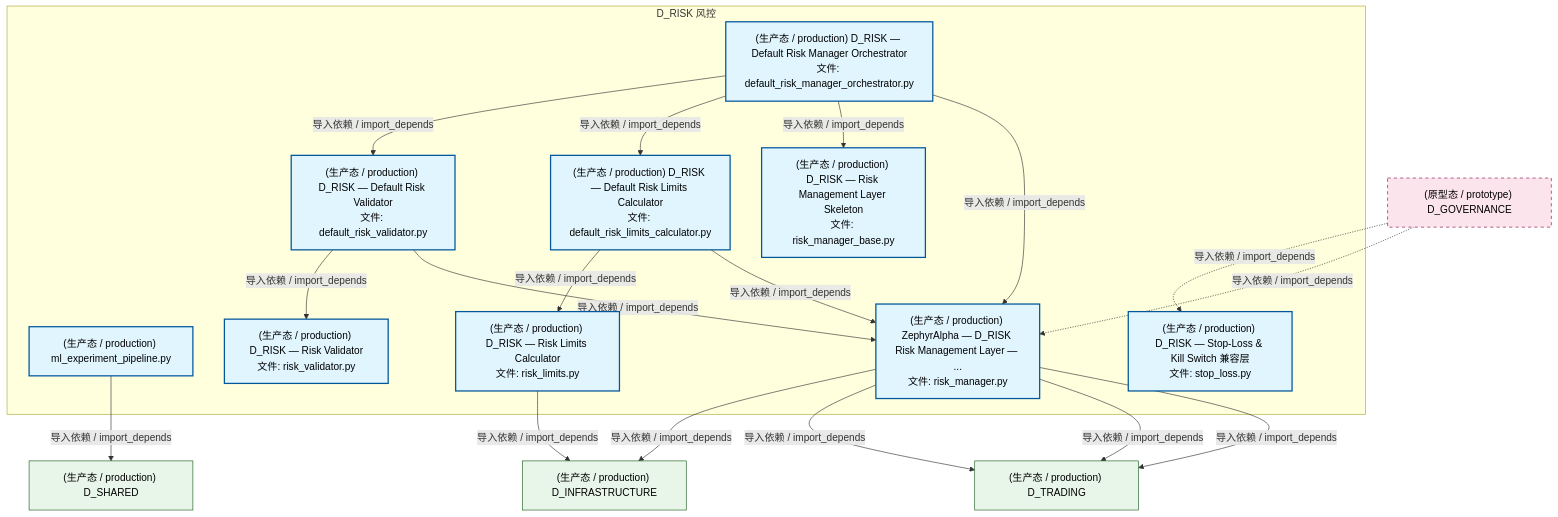
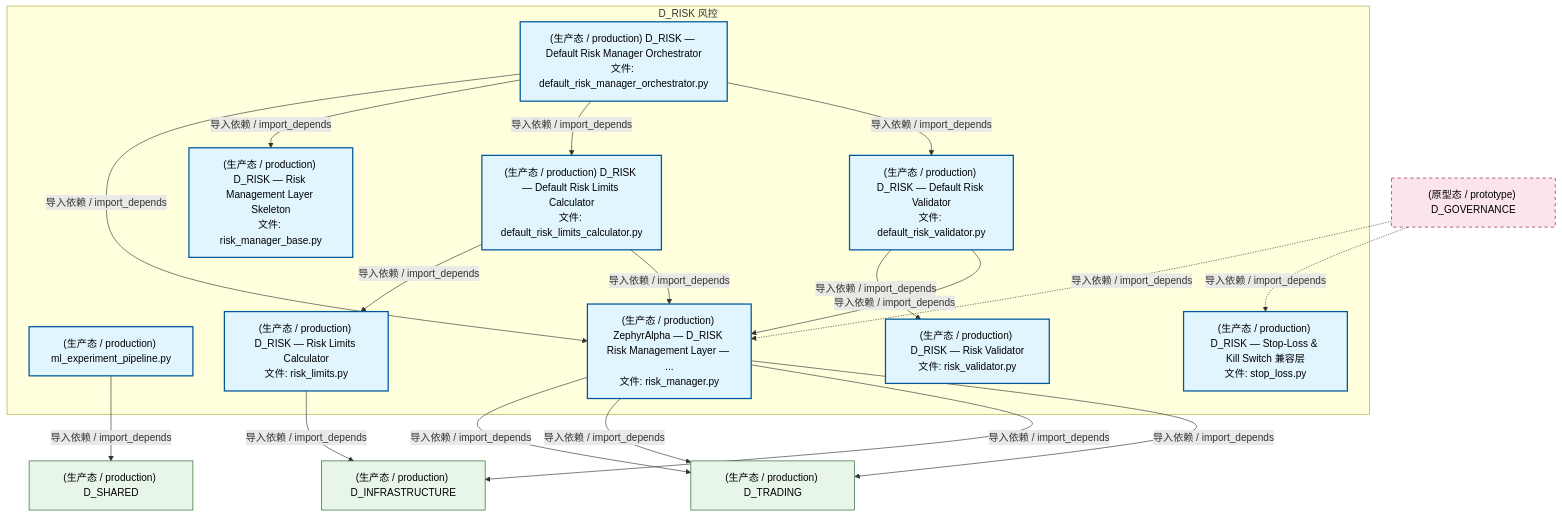
One commit to xuanFelixVan/ZephyrAlpha changed the second of 4 diagrams in docs/02_enterprise_architecture/02_domain_architecture_docs/54_d_risk.md. Above: the diagram before and after it, drawn with Mermaid. The commit also changed other lines of this file and 126 other files, not shown here.

````diff
--- a/docs/02_enterprise_architecture/02_domain_architecture_docs/54_d_risk.md
+++ b/docs/02_enterprise_architecture/02_domain_architecture_docs/54_d_risk.md
@@ -187,41 +187,41 @@
 ```mermaid
 graph TD
     subgraph D_RISK["D_RISK 风控"]
         src_zephyr_risk_cross_asset_cross_market_data_adapter_ml_experiment_pipeline_py["(生产态 / production) ml_experiment_pipeline.py"]
         src_zephyr_risk_implementations_default_risk_limits_calculator_py["(生产态 / production) D_RISK — Default Risk Limits Calculator<br/>文件: default_risk_limits_calculator.py"]
         src_zephyr_risk_implementations_default_risk_manager_orchestrator_py["(生产态 / production) D_RISK — Default Risk Manager Orchestrator<br/>文件: default_risk_manager_orchestrator.py"]
         src_zephyr_risk_implementations_default_risk_validator_py["(生产态 / production) D_RISK — Default Risk Validator<br/>文件: default_risk_validator.py"]
         src_zephyr_risk_risk_limits_py["(生产态 / production) D_RISK — Risk Limits Calculator<br/>文件: risk_limits.py"]
         src_zephyr_risk_risk_manager_py["(生产态 / production) ZephyrAlpha — D_RISK Risk Management Layer — ...<br/>文件: risk_manager.py"]
         src_zephyr_risk_risk_manager_base_py["(生产态 / production) D_RISK — Risk Management Layer Skeleton<br/>文件: risk_manager_base.py"]
         src_zephyr_risk_risk_validator_py["(生产态 / production) D_RISK — Risk Validator<br/>文件: risk_validator.py"]
         src_zephyr_risk_stop_loss_py["(生产态 / production) D_RISK — Stop-Loss & Kill Switch 兼容层<br/>文件: stop_loss.py"]
     end
+    src_zephyr_risk_implementations_default_risk_limits_calculator_py -->|导入依赖 / import_depends| src_zephyr_risk_risk_limits_py
     src_zephyr_risk_implementations_default_risk_limits_calculator_py -->|导入依赖 / import_depends| src_zephyr_risk_risk_manager_py
-    src_zephyr_risk_implementations_default_risk_limits_calculator_py -->|导入依赖 / import_depends| src_zephyr_risk_risk_limits_py
+    src_zephyr_risk_implementations_default_risk_validator_py -->|导入依赖 / import_depends| src_zephyr_risk_risk_validator_py
     src_zephyr_risk_implementations_default_risk_validator_py -->|导入依赖 / import_depends| src_zephyr_risk_risk_manager_py
-    src_zephyr_risk_implementations_default_risk_validator_py -->|导入依赖 / import_depends| src_zephyr_risk_risk_validator_py
     src_zephyr_risk_implementations_default_risk_manager_orchestrator_py -->|导入依赖 / import_depends| src_zephyr_risk_risk_manager_py
     src_zephyr_risk_implementations_default_risk_manager_orchestrator_py -->|导入依赖 / import_depends| src_zephyr_risk_risk_manager_base_py
     src_zephyr_risk_implementations_default_risk_manager_orchestrator_py -->|导入依赖 / import_depends| src_zephyr_risk_implementations_default_risk_limits_calculator_py
     src_zephyr_risk_implementations_default_risk_manager_orchestrator_py -->|导入依赖 / import_depends| src_zephyr_risk_implementations_default_risk_validator_py
     D_INFRASTRUCTURE["(生产态 / production) D_INFRASTRUCTURE"]
     src_zephyr_risk_risk_limits_py -->|导入依赖 / import_depends| D_INFRASTRUCTURE
-    D_SHARED["(生产态 / production) D_SHARED"]
-    src_zephyr_risk_cross_asset_cross_market_data_adapter_ml_experiment_pipeline_py -->|导入依赖 / import_depends| D_SHARED
     D_TRADING["(生产态 / production) D_TRADING"]
     src_zephyr_risk_risk_manager_py -->|导入依赖 / import_depends| D_TRADING
     src_zephyr_risk_risk_manager_py -->|导入依赖 / import_depends| D_TRADING
+    src_zephyr_risk_risk_manager_py -->|导入依赖 / import_depends| D_INFRASTRUCTURE
     src_zephyr_risk_risk_manager_py -->|导入依赖 / import_depends| D_TRADING
-    src_zephyr_risk_risk_manager_py -->|导入依赖 / import_depends| D_INFRASTRUCTURE
+    D_SHARED["(生产态 / production) D_SHARED"]
+    src_zephyr_risk_cross_asset_cross_market_data_adapter_ml_experiment_pipeline_py -->|导入依赖 / import_depends| D_SHARED
     D_GOVERNANCE["(原型态 / prototype) D_GOVERNANCE"]
     D_GOVERNANCE -.->|导入依赖 / import_depends| src_zephyr_risk_risk_manager_py
     D_GOVERNANCE -.->|导入依赖 / import_depends| src_zephyr_risk_stop_loss_py
     classDef production fill:#e1f5fe,stroke:#01579b,stroke-width:2px,color:#000
     classDef design fill:#fff3e0,stroke:#e65100,stroke-width:2px,color:#000,stroke-dasharray: 5 5
     classDef external_prod fill:#e8f5e9,stroke:#1b5e20,stroke-width:1px,color:#000
     classDef external_design fill:#fce4ec,stroke:#880e4f,stroke-width:1px,color:#000,stroke-dasharray: 5 5
     class src_zephyr_risk_cross_asset_cross_market_data_adapter_ml_experiment_pipeline_py,src_zephyr_risk_implementations_default_risk_limits_calculator_py,src_zephyr_risk_implementations_default_risk_manager_orchestrator_py,src_zephyr_risk_implementations_default_risk_validator_py,src_zephyr_risk_risk_limits_py,src_zephyr_risk_risk_manager_py,src_zephyr_risk_risk_manager_base_py,src_zephyr_risk_risk_validator_py,src_zephyr_risk_stop_loss_py production
-    class D_INFRASTRUCTURE,D_SHARED,D_TRADING external_prod
+    class D_INFRASTRUCTURE,D_TRADING,D_SHARED external_prod
     class D_GOVERNANCE external_design
 ```
````
